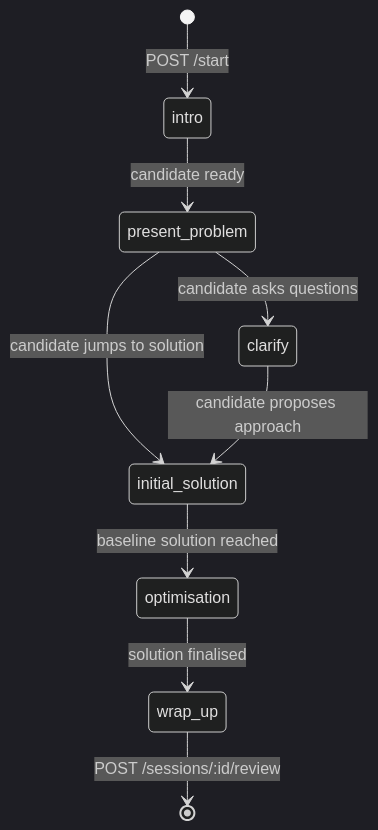
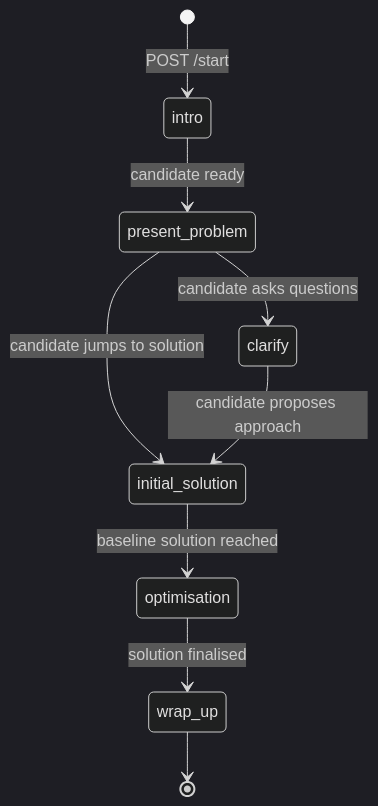
One commit to NeevBhandari13/leetcoach changed the first of 2 diagrams in backend/decisions/002-state-machine-interview-flow.md. Above: the diagram before and after it, drawn with Mermaid (dark theme). The commit also changed 4 other files, not shown here.

````diff
--- a/backend/decisions/002-state-machine-interview-flow.md
+++ b/backend/decisions/002-state-machine-interview-flow.md
@@ -15,11 +15,11 @@
 ```mermaid
 stateDiagram-v2
     [*] --> intro : POST /start
     intro --> present_problem : candidate ready
     present_problem --> clarify : candidate asks questions
     present_problem --> initial_solution : candidate jumps to solution
     clarify --> initial_solution : candidate proposes approach
     initial_solution --> optimisation : baseline solution reached
     optimisation --> wrap_up : solution finalised
-    wrap_up --> [*] : POST /sessions/:id/review
+    wrap_up --> [*]
 ```
````
